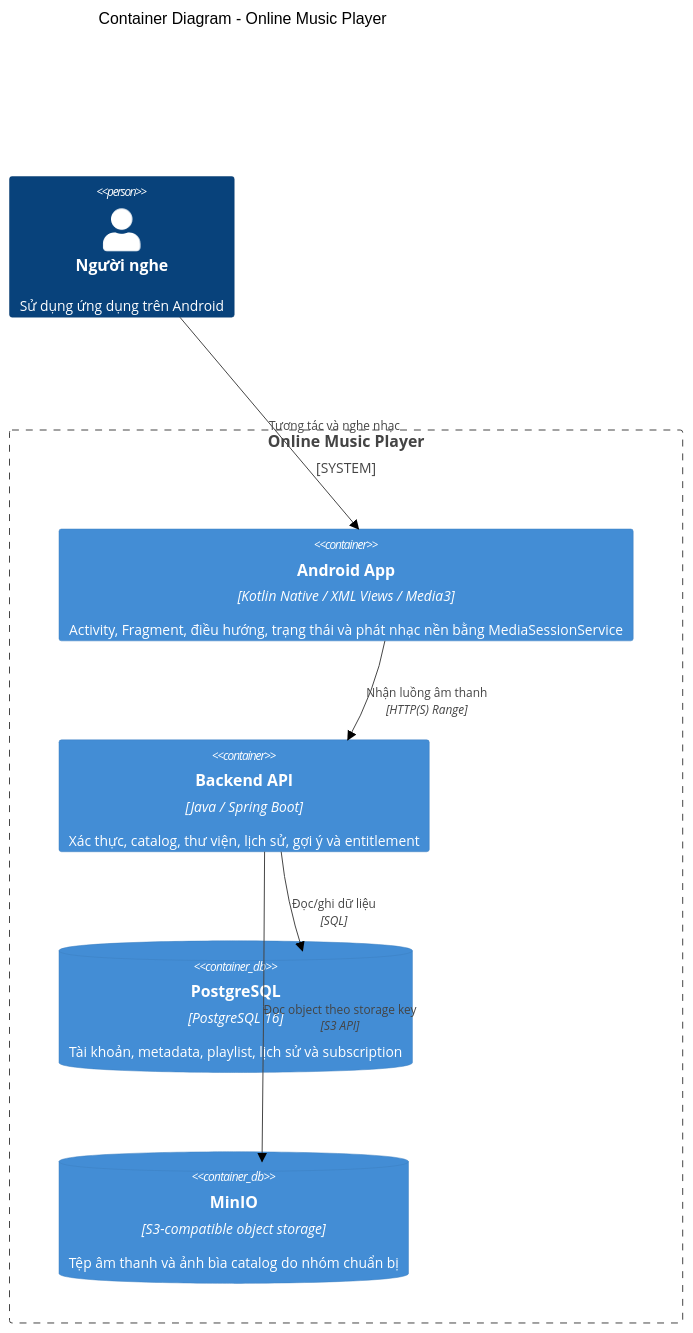
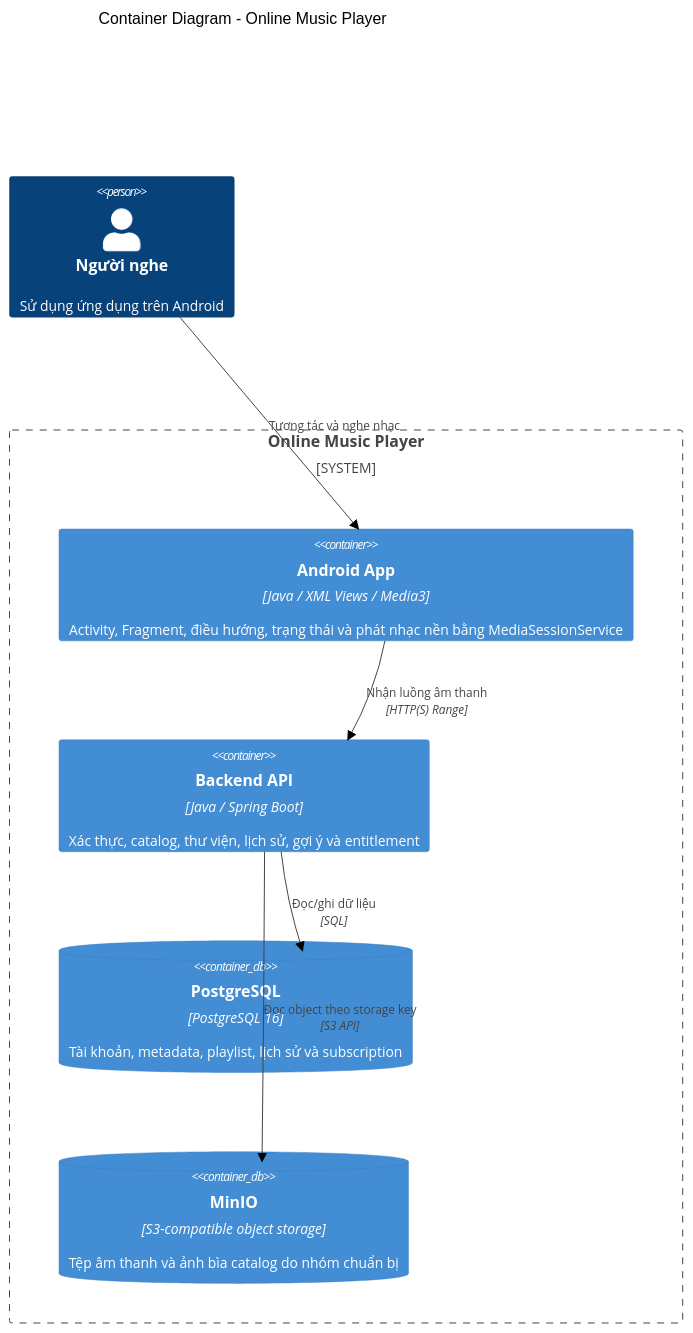
The second of 14 diagrams in documents/mobile-system-architecture-and-flows.md (NMH1203/Online-music-player), drawn with Mermaid (neutral theme) before and after one commit. The commit also changed other lines of this file and 52 other files, not shown here.

````diff
--- a/documents/mobile-system-architecture-and-flows.md
+++ b/documents/mobile-system-architecture-and-flows.md
@@ -73,19 +73,19 @@
 ```mermaid
 C4Container
     title Container Diagram - Online Music Player
 
     Person(listener, "Người nghe", "Sử dụng ứng dụng trên Android")
 
     System_Boundary(system, "Online Music Player") {
-        Container(mobile, "Android App", "Kotlin Native / XML Views / Media3", "Activity, Fragment, điều hướng, trạng thái và phát nhạc nền bằng MediaSessionService")
+        Container(mobile, "Android App", "Java / XML Views / Media3", "Activity, Fragment, điều hướng, trạng thái và phát nhạc nền bằng MediaSessionService")
         Container(api, "Backend API", "Java / Spring Boot", "Xác thực, catalog, thư viện, lịch sử, gợi ý và entitlement")
         ContainerDb(db, "PostgreSQL", "PostgreSQL 16", "Tài khoản, metadata, playlist, lịch sử và subscription")
         ContainerDb(storage, "MinIO", "S3-compatible object storage", "Tệp âm thanh và ảnh bìa catalog do nhóm chuẩn bị")
     }
 
     Rel(listener, mobile, "Tương tác và nghe nhạc")
     Rel(mobile, api, "Gọi API nghiệp vụ", "JSON/HTTP(S)")
     Rel(mobile, api, "Nhận luồng âm thanh", "HTTP(S) Range")
     Rel(api, db, "Đọc/ghi dữ liệu", "SQL")
     Rel(api, storage, "Đọc object theo storage key", "S3 API")
 ```
````
